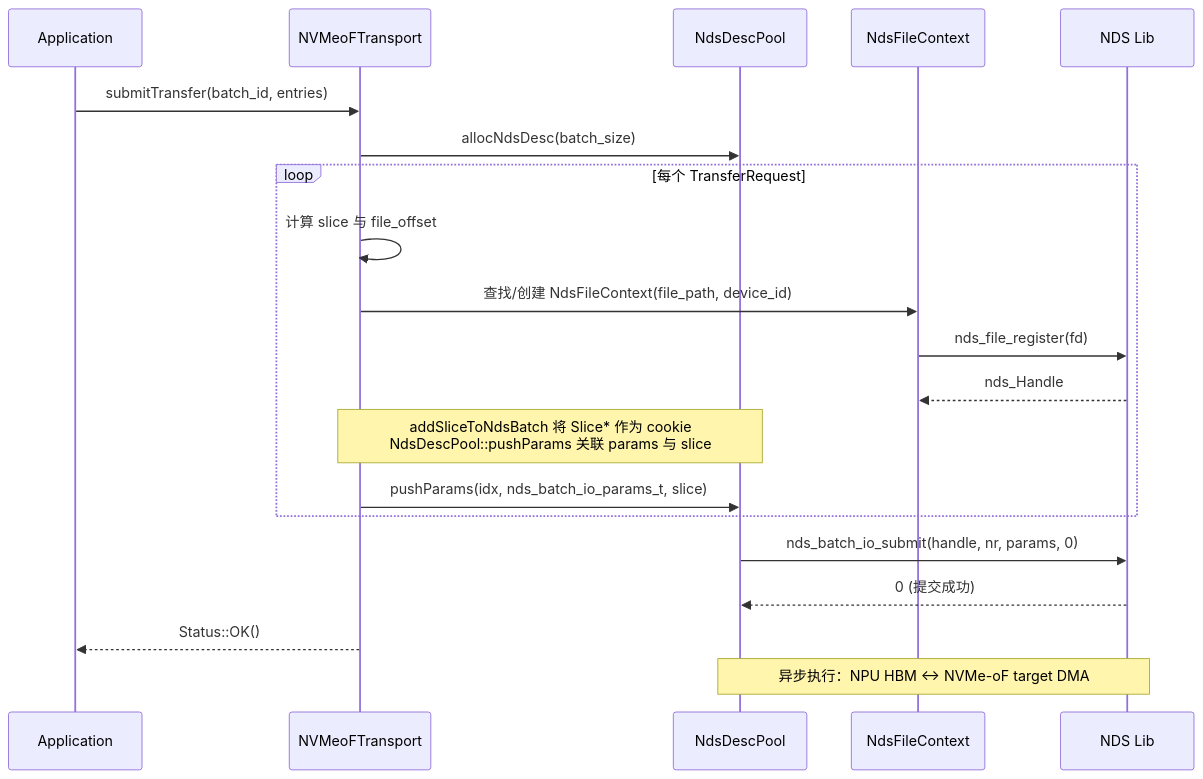
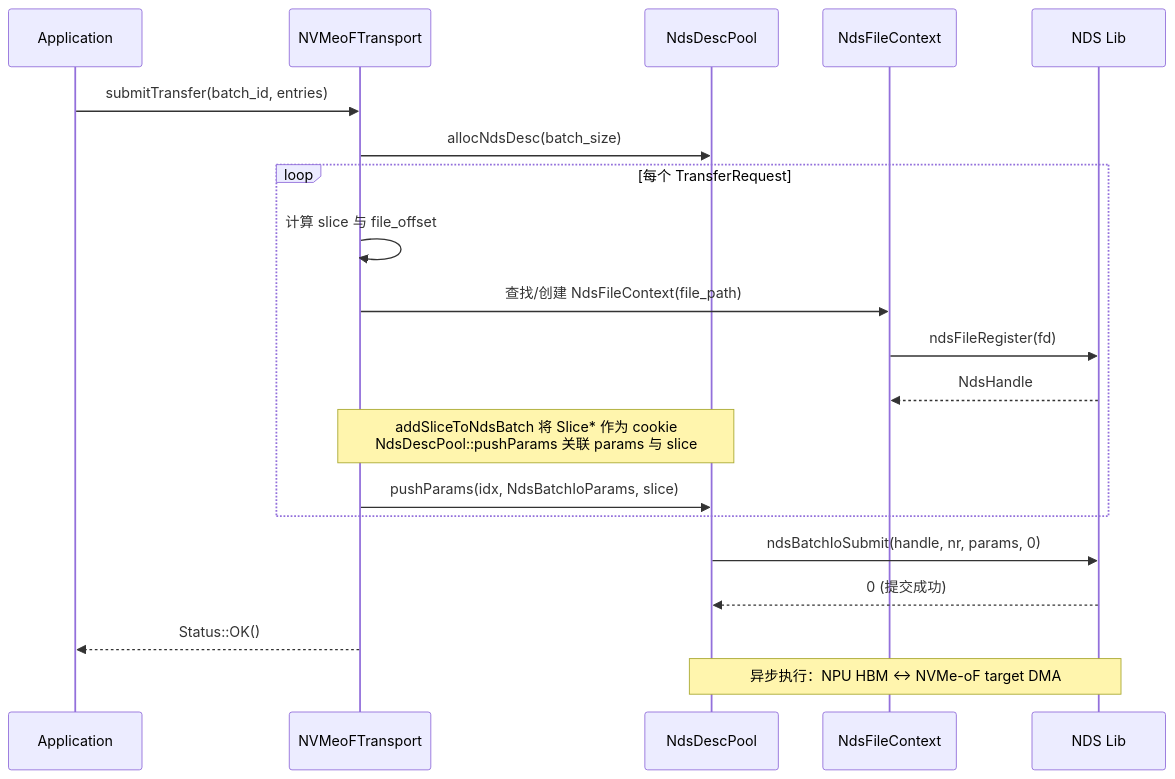
One commit to yz53665/Mooncake changed the eighth of 15 diagrams in docs/rfc-nds-nvmeof-transport-cn.md. Above: the diagram before and after it, drawn with Mermaid. The commit also changed other lines of this file, not shown here.

````diff
--- a/docs/rfc-nds-nvmeof-transport-cn.md
+++ b/docs/rfc-nds-nvmeof-transport-cn.md
@@ -310,24 +305,24 @@
 ```mermaid
 sequenceDiagram
     participant App as Application
     participant NVT as NVMeoFTransport
     participant NdsPool as NdsDescPool
     participant FileCtx as NdsFileContext
     participant NDS as NDS Lib
 
     App->>NVT: submitTransfer(batch_id, entries)
     NVT->>NdsPool: allocNdsDesc(batch_size)
     loop 每个 TransferRequest
         NVT->>NVT: 计算 slice 与 file_offset
-        NVT->>FileCtx: 查找/创建 NdsFileContext(file_path, device_id)
-        FileCtx->>NDS: nds_file_register(fd)
-        NDS-->>FileCtx: nds_Handle
+        NVT->>FileCtx: 查找/创建 NdsFileContext(file_path)
+        FileCtx->>NDS: ndsFileRegister(fd)
+        NDS-->>FileCtx: NdsHandle
         Note over NVT,NdsPool: addSliceToNdsBatch 将 Slice* 作为 cookie<br/>NdsDescPool::pushParams 关联 params 与 slice
-        NVT->>NdsPool: pushParams(idx, nds_batch_io_params_t, slice)
+        NVT->>NdsPool: pushParams(idx, NdsBatchIoParams, slice)
     end
-    NdsPool->>NDS: nds_batch_io_submit(handle, nr, params, 0)
+    NdsPool->>NDS: ndsBatchIoSubmit(handle, nr, params, 0)
     NDS-->>NdsPool: 0 (提交成功)
     NVT-->>App: Status::OK()
 
     Note over NdsPool,NDS: 异步执行：NPU HBM ↔ NVMe-oF target DMA
 ```
````
